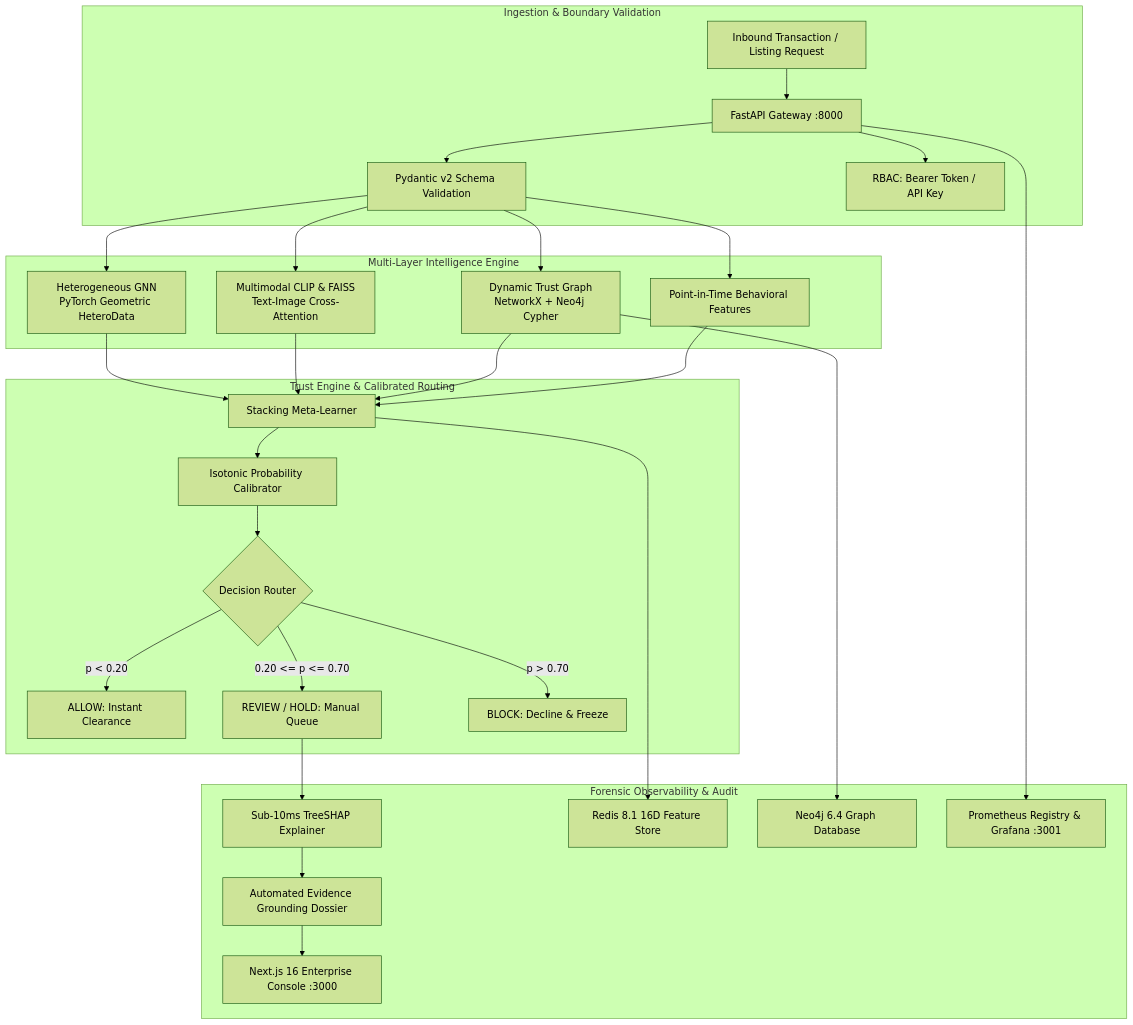
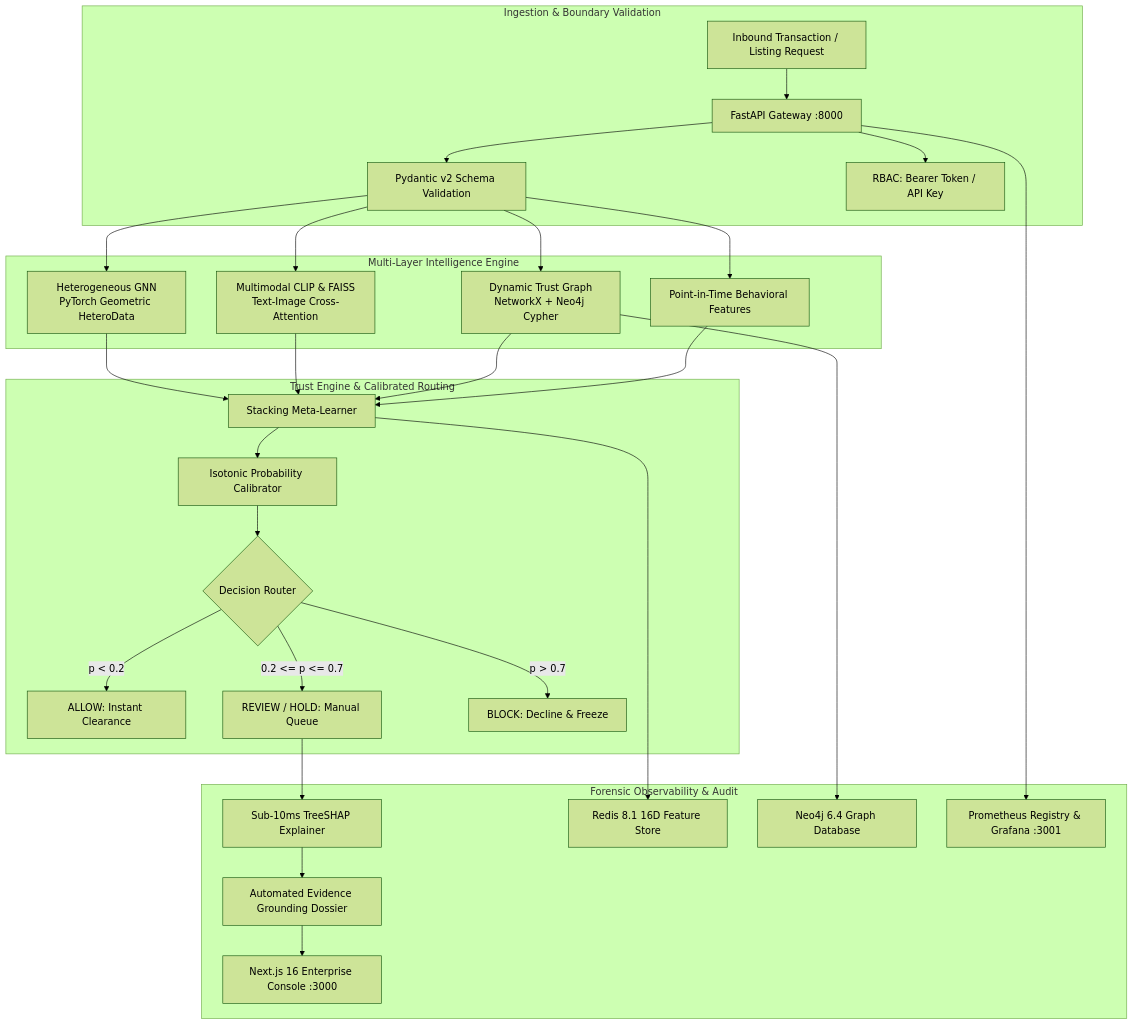
Before and after one commit to Rajiv107ai/Trustshield: the first of 2 diagrams in README.md, drawn with Mermaid (forest theme). The commit also changed other lines of this file and 45 other files, not shown here.

````diff
--- a/README.md
+++ b/README.md
@@ -53,33 +53,33 @@
 ```mermaid
 flowchart TD
     subgraph Ingestion["Ingestion & Boundary Validation"]
         A[Inbound Transaction / Listing Request] --> B[FastAPI Gateway :8000]
         B --> C[Pydantic v2 Schema Validation]
         B --> AUTH[RBAC: Bearer Token / API Key]
     end
 
     subgraph MultiLayer["Multi-Layer Intelligence Engine"]
         C --> D[Point-in-Time Behavioral Features]
         C --> E[Dynamic Trust Graph<br/>NetworkX + Neo4j Cypher]
         C --> F[Multimodal CLIP & FAISS<br/>Text-Image Cross-Attention]
         C --> G[Heterogeneous GNN<br/>PyTorch Geometric HeteroData]
     end
 
     subgraph Decision["Trust Engine & Calibrated Routing"]
         D & E & F & G --> H[Stacking Meta-Learner]
         H --> I[Isotonic Probability Calibrator]
         I --> J{Decision Router}
-        J -->|p < 0.20| K[ALLOW: Instant Clearance]
-        J -->|0.20 <= p <= 0.70| L[REVIEW / HOLD: Manual Queue]
-        J -->|p > 0.70| M[BLOCK: Decline & Freeze]
+        J -->|p < 0.2| K[ALLOW: Instant Clearance]
+        J -->|0.2 <= p <= 0.7| L[REVIEW / HOLD: Manual Queue]
+        J -->|p > 0.7| M[BLOCK: Decline & Freeze]
     end
 
     subgraph Forensic["Forensic Observability & Audit"]
         L --> N[Sub-10ms TreeSHAP Explainer]
         N --> O[Automated Evidence Grounding Dossier]
         O --> P[Next.js 16 Enterprise Console :3000]
         H --> Q[Redis 8.1 16D Feature Store]
         E --> R[Neo4j 6.4 Graph Database]
         B --> S[Prometheus Registry & Grafana :3001]
     end
 ```
````
